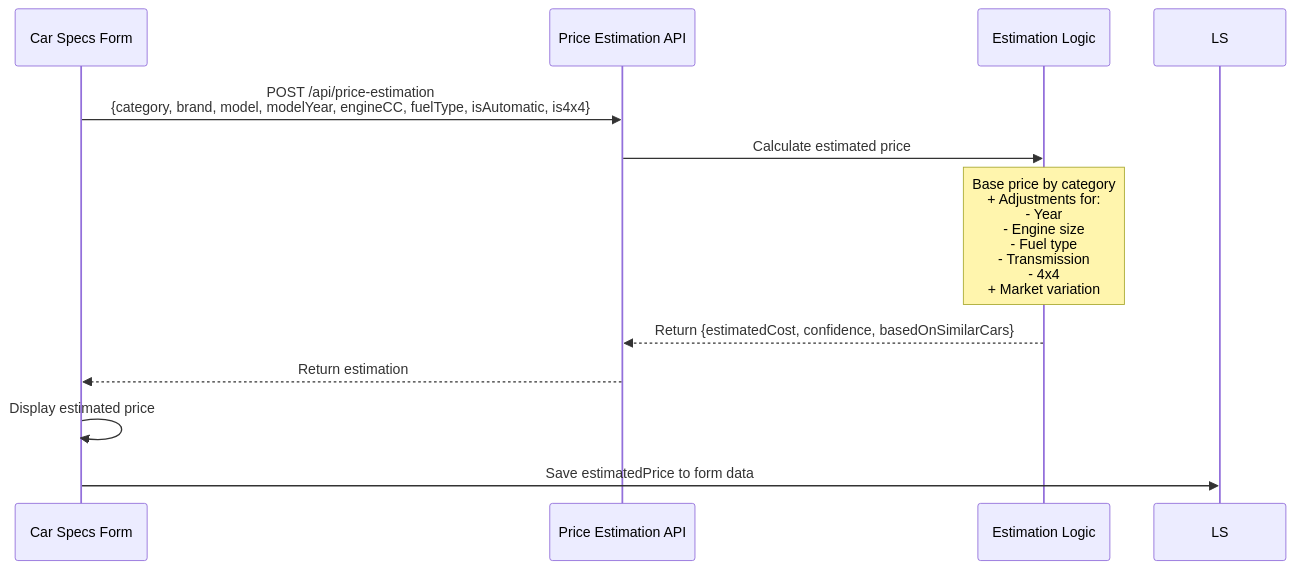
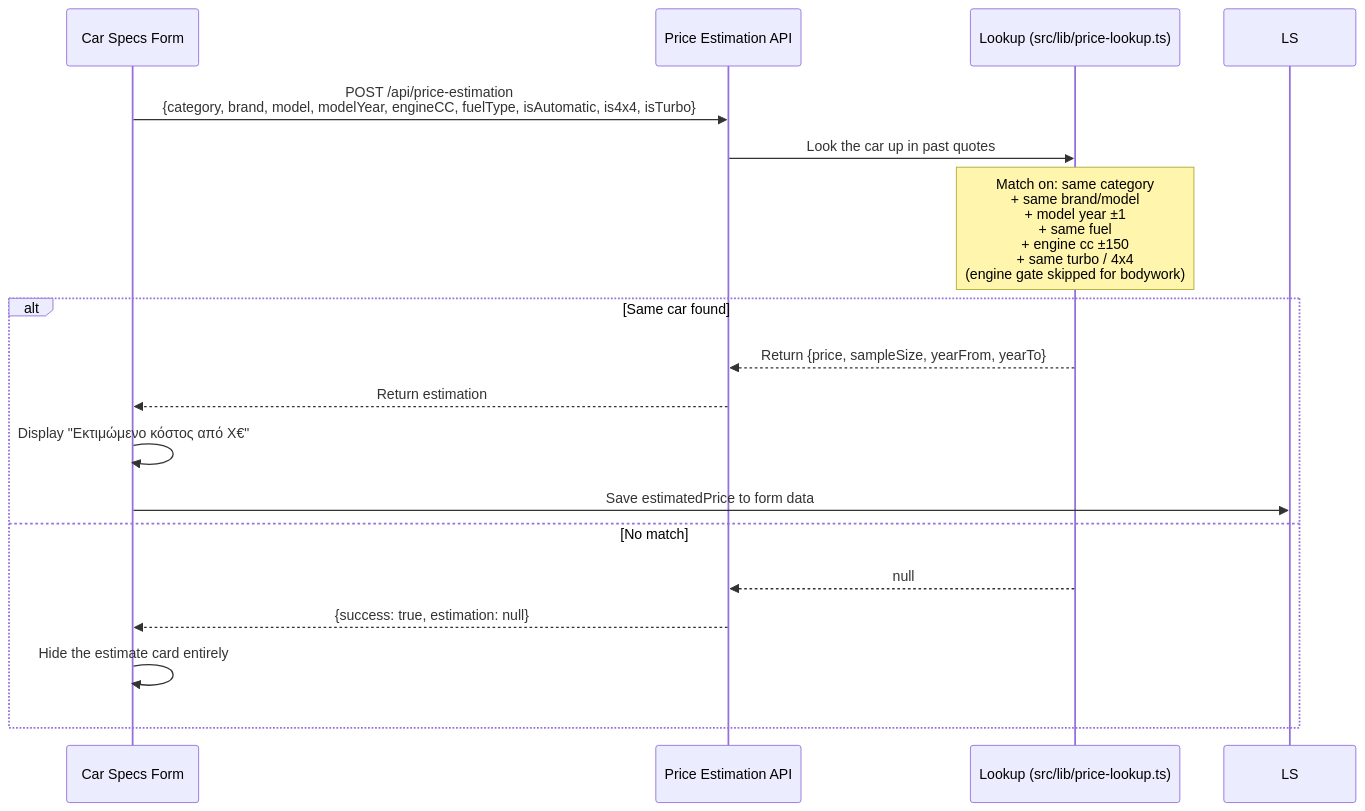
The ninth of 9 diagrams in docs/flows/data-flow.md (Nick-X-Mar/nextService), drawn with Mermaid before and after one commit. The commit also changed other lines of this file and 16 other files, not shown here.

````diff
--- a/docs/flows/data-flow.md
+++ b/docs/flows/data-flow.md
@@ -465,17 +465,22 @@
 ```mermaid
 sequenceDiagram
     participant UI as Car Specs Form
     participant API as Price Estimation API
-    participant Logic as Estimation Logic
+    participant Logic as Lookup (src/lib/price-lookup.ts)
     
-    UI->>API: POST /api/price-estimation<br/>{category, brand, model, modelYear, engineCC, fuelType, isAutomatic, is4x4}
+    UI->>API: POST /api/price-estimation<br/>{category, brand, model, modelYear, engineCC, fuelType, isAutomatic, is4x4, isTurbo}
     
-    API->>Logic: Calculate estimated price
-    Note over Logic: Base price by category<br/>+ Adjustments for:<br/>- Year<br/>- Engine size<br/>- Fuel type<br/>- Transmission<br/>- 4x4<br/>+ Market variation
+    API->>Logic: Look the car up in past quotes
+    Note over Logic: Match on: same category<br/>+ same brand/model<br/>+ model year ±1<br/>+ same fuel<br/>+ engine cc ±150<br/>+ same turbo / 4x4<br/>(engine gate skipped for bodywork)
     
-    Logic-->>API: Return {estimatedCost, confidence, basedOnSimilarCars}
-    API-->>UI: Return estimation
-    
-    UI->>UI: Display estimated price
-    UI->>LS: Save estimatedPrice to form data
+    alt Same car found
+        Logic-->>API: Return {price, sampleSize, yearFrom, yearTo}
+        API-->>UI: Return estimation
+        UI->>UI: Display "Εκτιμώμενο κόστος από X€"
+        UI->>LS: Save estimatedPrice to form data
+    else No match
+        Logic-->>API: null
+        API-->>UI: {success: true, estimation: null}
+        UI->>UI: Hide the estimate card entirely
+    end
 ```
````
